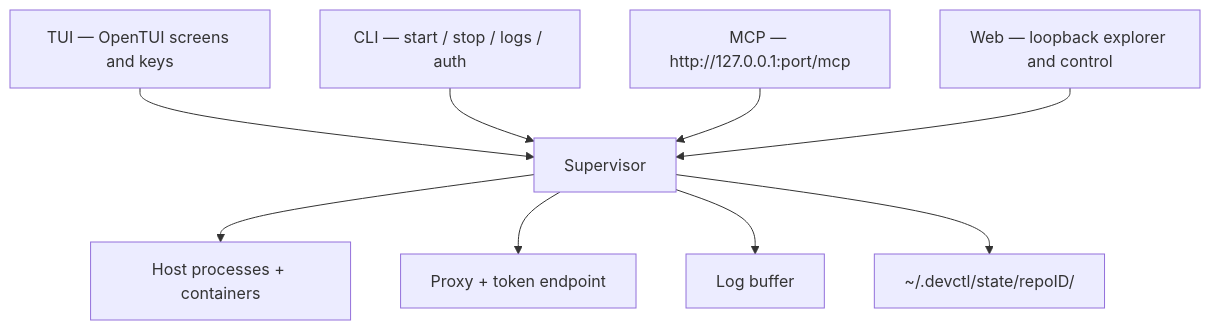
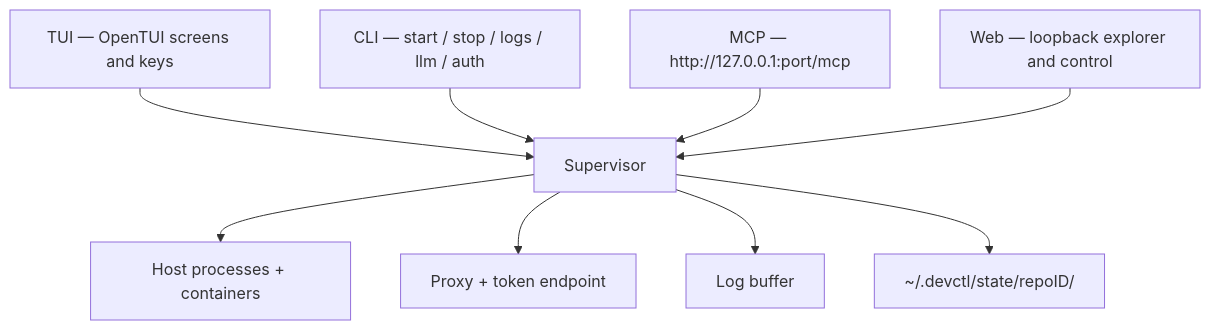
The first of 2 diagrams in docs/overview.md (amr-m-abdelgawad/devctl), drawn with Mermaid before and after one commit. The commit also changed other lines of this file and 77 other files, not shown here.

````diff
--- a/docs/overview.md
+++ b/docs/overview.md
@@ -5,18 +5,18 @@
 ```mermaid
 flowchart TB
   tui["TUI — OpenTUI screens and keys"]
-  cli["CLI — start / stop / logs / auth"]
+  cli["CLI — start / stop / logs / llm / auth"]
   mcp["MCP — http://127.0.0.1:port/mcp"]
   web["Web — loopback explorer and control"]
   sup["Supervisor"]
   disk["~/.devctl/state/repoID/"]
 
   tui --> sup
   cli --> sup
   mcp --> sup
   web --> sup
   sup --> runtime["Host processes + containers"]
   sup --> proxy["Proxy + token endpoint"]
   sup --> logs["Log buffer"]
   sup --> disk
 ```
````
